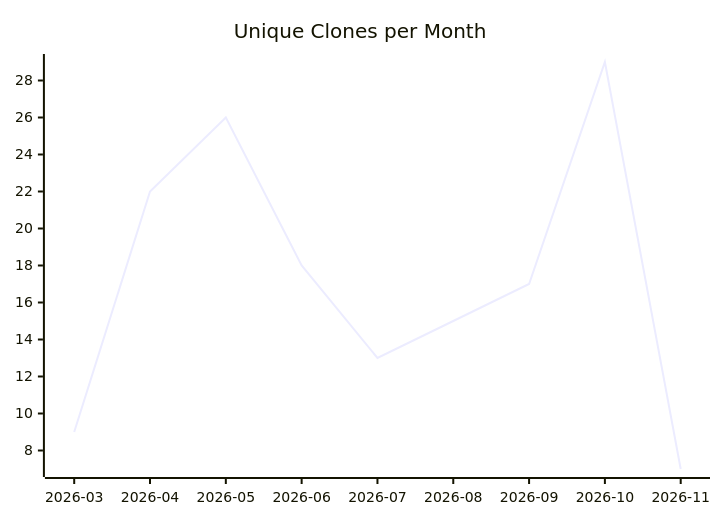
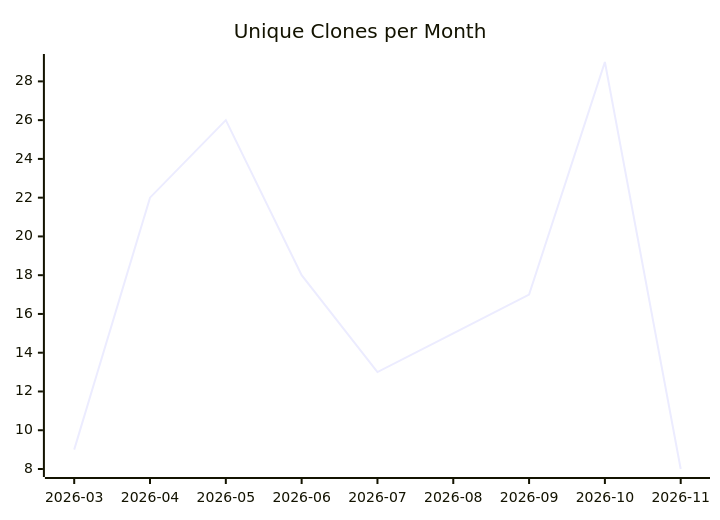
One commit to justdavis-family/github-analytics-data changed the third of 3 diagrams in karlmdavis/lego-ev3dev-rs/README.md. Above: the diagram before and after it, drawn with Mermaid. The commit also changed other lines of this file and 196 other files, not shown here.

````diff
--- a/karlmdavis/lego-ev3dev-rs/README.md
+++ b/karlmdavis/lego-ev3dev-rs/README.md
@@ -19,6 +19,6 @@
 ```mermaid
 xychart-beta
   title "Unique Clones per Month"
   x-axis ["2026-03", "2026-04", "2026-05", "2026-06", "2026-07", "2026-08", "2026-09", "2026-10", "2026-11"]
-  line [9, 22, 26, 18, 13, 15, 17, 29, 7]
+  line [9, 22, 26, 18, 13, 15, 17, 29, 8]
 ```
````
